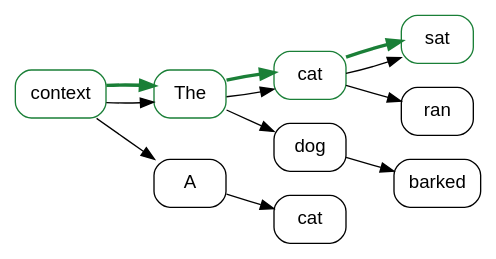
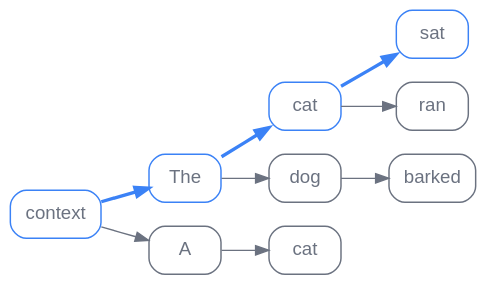
The fourth of 4 diagrams in en/p4-inference/18-faster-decoding.qmd (latere-ai/ai-as-an-infrastructure), drawn with Graphviz before and after one commit. The commit also changed 186 other files, not shown here.

First line of the commit message:
book: visual audit pass on all diagrams and figures

````diff
--- a/en/p4-inference/18-faster-decoding.qmd
+++ b/en/p4-inference/18-faster-decoding.qmd
@@ -282,38 +282,37 @@
 ```{dot}
 //| label: fig-faster-decoding-tree
 //| fig-cap: "Tree-structured drafting and verification. From the context, draft heads propose several candidate tokens per position rather than one. A tree attention mask scores every branch in a single target pass, and the longest fully accepted path (bold) is emitted. After Cai et al. (2024) and Li et al. (2024)."
 digraph {
   rankdir=LR;
-  node [shape=box, style=rounded, fontname="Helvetica"];
+  bgcolor="transparent";
+  node [shape=box, style=rounded, fontname="Helvetica", color="#6b7280", fontcolor="#6b7280", penwidth=1.1];
+  edge [color="#6b7280", fontcolor="#6b7280"];
   ctx [label="context"];
 
   a1 [label="The"];
   a2 [label="A"];
 
   b1 [label="cat"];
   b2 [label="dog"];
   b3 [label="cat"];
 
   c1 [label="sat"];
   c2 [label="ran"];
   c3 [label="barked"];
 
-  ctx -> a1;
   ctx -> a2;
-  a1 -> b1;
   a1 -> b2;
   a2 -> b3;
-  b1 -> c1;
   b1 -> c2;
   b2 -> c3;
 
-  // longest accepted path, emitted
-  ctx -> a1 [penwidth=2.5, color="#1a7f37"];
-  a1 -> b1 [penwidth=2.5, color="#1a7f37"];
-  b1 -> c1 [penwidth=2.5, color="#1a7f37"];
-  ctx [color="#1a7f37"];
-  a1 [color="#1a7f37"];
-  b1 [color="#1a7f37"];
-  c1 [color="#1a7f37"];
+  // longest accepted path, emitted (bold accent)
+  ctx -> a1 [penwidth=2.5, color="#3b82f6"];
+  a1 -> b1 [penwidth=2.5, color="#3b82f6"];
+  b1 -> c1 [penwidth=2.5, color="#3b82f6"];
+  ctx [color="#3b82f6"];
+  a1 [color="#3b82f6"];
+  b1 [color="#3b82f6"];
+  c1 [color="#3b82f6"];
 }
 ```
````
